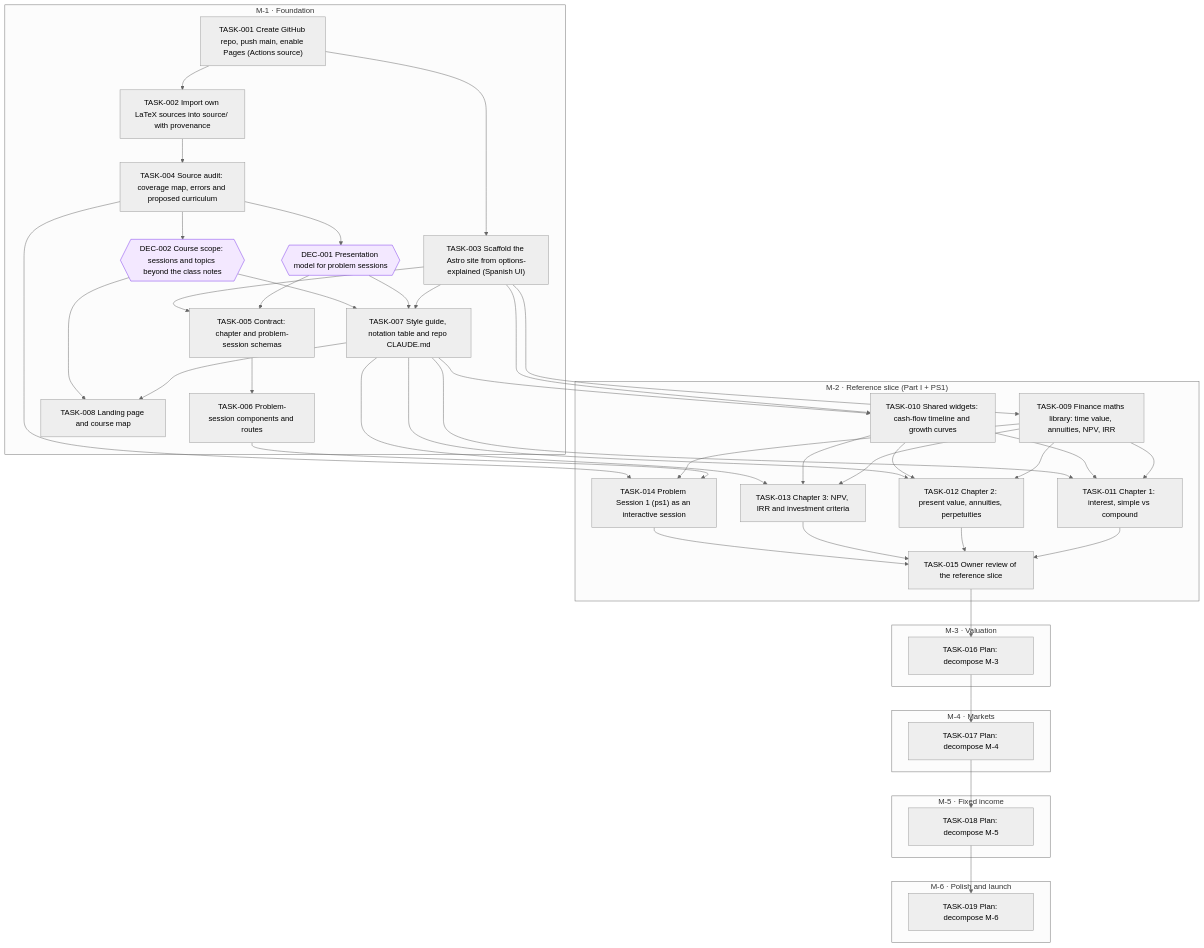
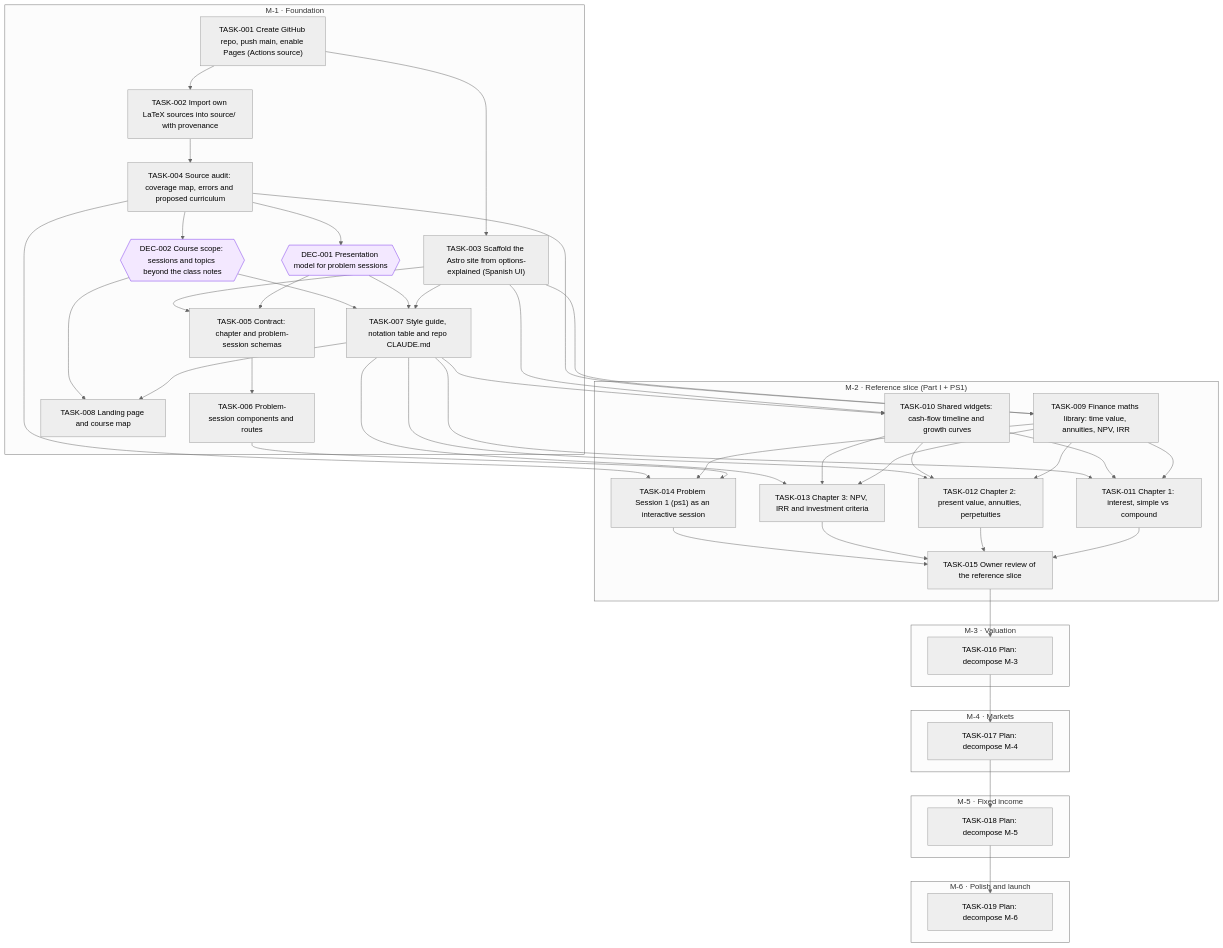
The diagram in goals/course-site/README.md (jesusvillota/economia-financiera), drawn with Mermaid (neutral theme) before and after one commit. The commit also changed 1 other file, not shown here.

Commit message:
goal(course-site): link TASK-009 after TASK-004

````diff
--- a/goals/course-site/README.md
+++ b/goals/course-site/README.md
@@ -19,77 +19,78 @@
 ```mermaid
 flowchart TD
   subgraph M_1["M-1 · Foundation"]
     DEC_001{{"DEC-001 Presentation model for problem sessions"}}
     DEC_002{{"DEC-002 Course scope: sessions and topics beyond the class notes"}}
     TASK_001["TASK-001 Create GitHub repo, push main, enable Pages (Actions source)"]
     TASK_002["TASK-002 Import own LaTeX sources into source/ with provenance"]
     TASK_003["TASK-003 Scaffold the Astro site from options-explained (Spanish UI)"]
     TASK_004["TASK-004 Source audit: coverage map, errors and proposed curriculum"]
     TASK_005["TASK-005 Contract: chapter and problem-session schemas"]
     TASK_006["TASK-006 Problem-session components and routes"]
     TASK_007["TASK-007 Style guide, notation table and repo CLAUDE.md"]
     TASK_008["TASK-008 Landing page and course map"]
   end
   subgraph M_2["M-2 · Reference slice (Part I + PS1)"]
     TASK_009["TASK-009 Finance maths library: time value, annuities, NPV, IRR"]
     TASK_010["TASK-010 Shared widgets: cash-flow timeline and growth curves"]
     TASK_011["TASK-011 Chapter 1: interest, simple vs compound"]
     TASK_012["TASK-012 Chapter 2: present value, annuities, perpetuities"]
     TASK_013["TASK-013 Chapter 3: NPV, IRR and investment criteria"]
     TASK_014["TASK-014 Problem Session 1 (ps1) as an interactive session"]
     TASK_015["TASK-015 Owner review of the reference slice"]
   end
   subgraph M_3["M-3 · Valuation"]
     TASK_016["TASK-016 Plan: decompose M-3"]
   end
   subgraph M_4["M-4 · Markets"]
     TASK_017["TASK-017 Plan: decompose M-4"]
   end
   subgraph M_5["M-5 · Fixed income"]
     TASK_018["TASK-018 Plan: decompose M-5"]
   end
   subgraph M_6["M-6 · Polish and launch"]
     TASK_019["TASK-019 Plan: decompose M-6"]
   end
   TASK_004 --> DEC_001
   TASK_004 --> DEC_002
   TASK_001 --> TASK_002
   TASK_001 --> TASK_003
   TASK_002 --> TASK_004
   DEC_001 --> TASK_005
   TASK_003 --> TASK_005
   TASK_005 --> TASK_006
   TASK_003 --> TASK_007
   DEC_001 --> TASK_007
   DEC_002 --> TASK_007
   TASK_007 --> TASK_008
   DEC_002 --> TASK_008
   TASK_003 --> TASK_009
+  TASK_004 --> TASK_009
   TASK_003 --> TASK_010
   TASK_007 --> TASK_010
   TASK_009 --> TASK_011
   TASK_010 --> TASK_011
   TASK_007 --> TASK_011
   TASK_009 --> TASK_012
   TASK_010 --> TASK_012
   TASK_007 --> TASK_012
   TASK_009 --> TASK_013
   TASK_010 --> TASK_013
   TASK_007 --> TASK_013
   TASK_006 --> TASK_014
   TASK_009 --> TASK_014
   TASK_004 --> TASK_014
   TASK_011 --> TASK_015
   TASK_012 --> TASK_015
   TASK_013 --> TASK_015
   TASK_014 --> TASK_015
   TASK_015 --> TASK_016
   TASK_016 --> TASK_017
   TASK_017 --> TASK_018
   TASK_018 --> TASK_019
   classDef draft stroke-dasharray: 4 3
   classDef cancelled opacity:0.45
   classDef decision fill:#f3e8ff,stroke:#7c3aed
   class DEC_001 decision
   class DEC_002 decision
 ```
````
